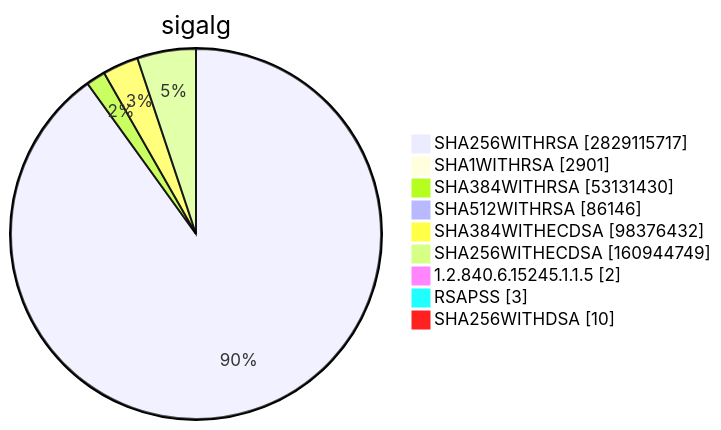
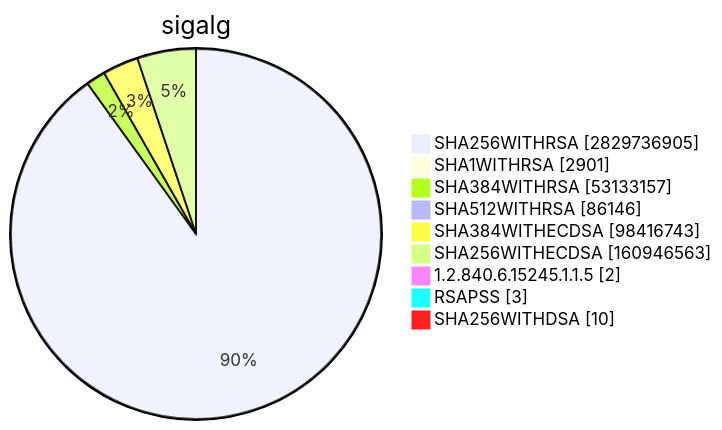
Before and after one commit to christiankrug/ctmonitor_visualization: diagram 15 of 15 in TOTAL/README.md, drawn with Mermaid. The commit also changed other lines of this file, not shown here.

````diff
--- a/TOTAL/README.md
+++ b/TOTAL/README.md
@@ -6207,13 +6207,13 @@
 ```mermaid
 pie showData
 title sigalg
-"SHA256WITHRSA" :2829115717
+"SHA256WITHRSA" :2829736905
 "SHA1WITHRSA" :2901
-"SHA384WITHRSA" :53131430
+"SHA384WITHRSA" :53133157
 "SHA512WITHRSA" :86146
-"SHA384WITHECDSA" :98376432
-"SHA256WITHECDSA" :160944749
+"SHA384WITHECDSA" :98416743
+"SHA256WITHECDSA" :160946563
 "1.2.840.6.15245.1.1.5" :2
 "RSAPSS" :3
 "SHA256WITHDSA" :10
 ```
````
